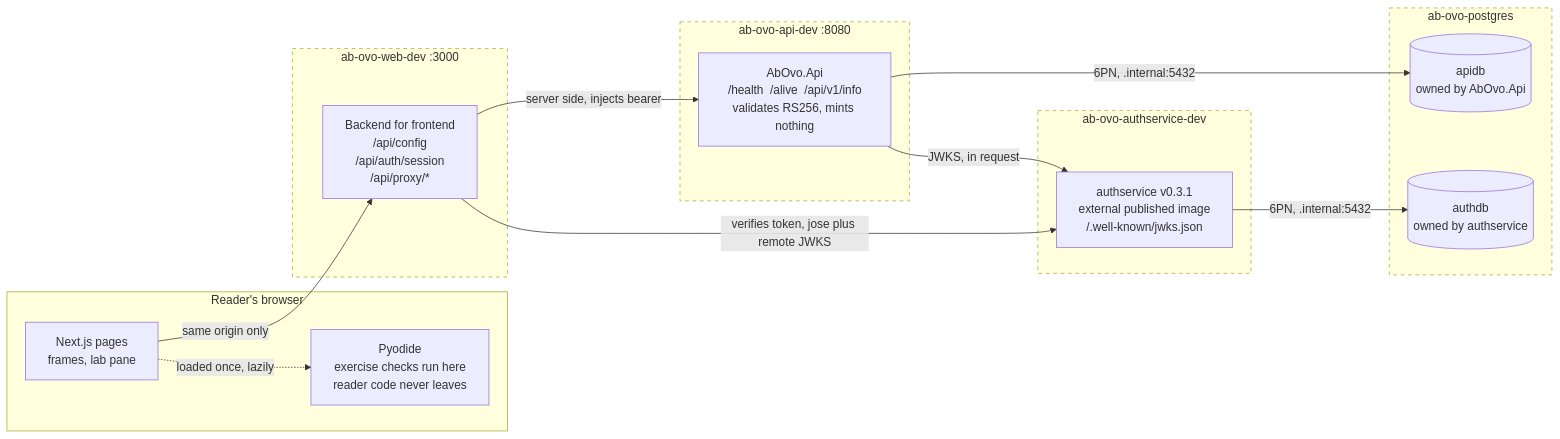
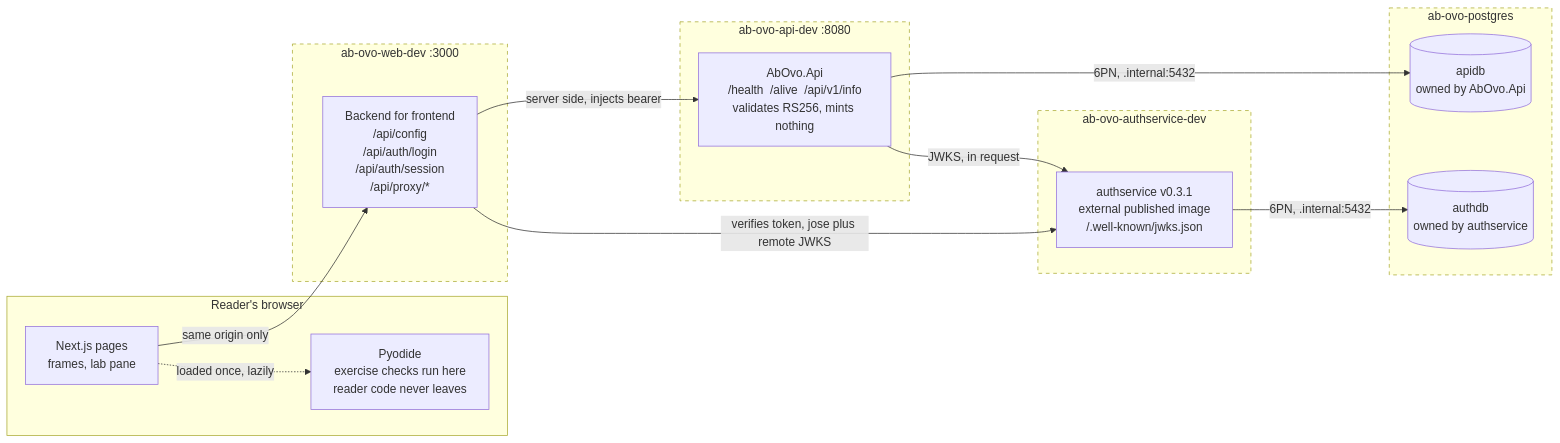
The diagram in docs/diagrams/ab-ovo-system.mmd (konradcinkusz/ab-ove), drawn with Mermaid before and after one commit. The commit also changed 18 other files, not shown here.

```diff
--- a/docs/diagrams/ab-ovo-system.mmd
+++ b/docs/diagrams/ab-ovo-system.mmd
@@ -1,54 +1,54 @@
 %% ab-ovo system topology.
 %% ONE DIAGRAM PER FILE. ASCII ONLY: no em dashes, no arrows as glyphs, no diacritics.
 %% The unrendered fallback is typeset verbatim, and a multi-byte character with no mapping
 %% is a build error rather than a wrong glyph.
 %% NOTE ON THE COMMENT STYLE BELOW: every comment line carries text after its %% marker.
 %% Mermaid strips a comment with a regex that requires at least one character after the
 %% marker, so a bare %% spacer line SURVIVES stripping, is concatenated with the next
 %% line, and the diagram fails to parse on line 1. Use a genuinely blank line to space
 %% comment blocks, never a bare marker.
 
 %% WHAT THIS DRAWS. The dashed boxes are Fly apps that DO NOT EXIST YET: nothing is
 %% deployed. flyio/*.fly.toml describes them and has never been applied. What runs today
 %% is src/AbOvo.AppHost, which is DEVELOPMENT ONLY and is not the production topology (P1).
 
 %% The one edge that is not drawn is the point of the picture: the browser has no arrow to
 %% the API or to authservice. It talks to the web app's own origin and to nothing else
 %% (FRONTEND-BFF.md section 1), which is why this estate needs no CORS on the frontend's
 %% account, and why needing one would mean the rule had already been broken.
 
 flowchart LR
   subgraph browser["Reader's browser"]
     UI["Next.js pages<br/>frames, lab pane"]
     PYO["Pyodide<br/>exercise checks run here<br/>reader code never leaves"]
   end
 
   subgraph web["ab-ovo-web-dev :3000"]
-    BFF["Backend for frontend<br/>/api/config<br/>/api/auth/session<br/>/api/proxy/*"]
+    BFF["Backend for frontend<br/>/api/config<br/>/api/auth/login<br/>/api/auth/session<br/>/api/proxy/*"]
   end
 
   subgraph api["ab-ovo-api-dev :8080"]
     SVC["AbOvo.Api<br/>/health  /alive  /api/v1/info<br/>validates RS256, mints nothing"]
   end
 
   subgraph auth["ab-ovo-authservice-dev"]
     AS["authservice v0.3.1<br/>external published image<br/>/.well-known/jwks.json"]
   end
 
   subgraph pg["ab-ovo-postgres"]
     APIDB[("apidb<br/>owned by AbOvo.Api")]
     AUTHDB[("authdb<br/>owned by authservice")]
   end
 
   UI -->|"same origin only"| BFF
   UI -.->|"loaded once, lazily"| PYO
 
   BFF -->|"server side, injects bearer"| SVC
   BFF -->|"verifies token, jose plus remote JWKS"| AS
 
   SVC -->|"JWKS, in request"| AS
   SVC -->|"6PN, .internal:5432"| APIDB
   AS -->|"6PN, .internal:5432"| AUTHDB
 
   classDef notdeployed stroke-dasharray: 5 5;
   class web,api,auth,pg notdeployed;
```
